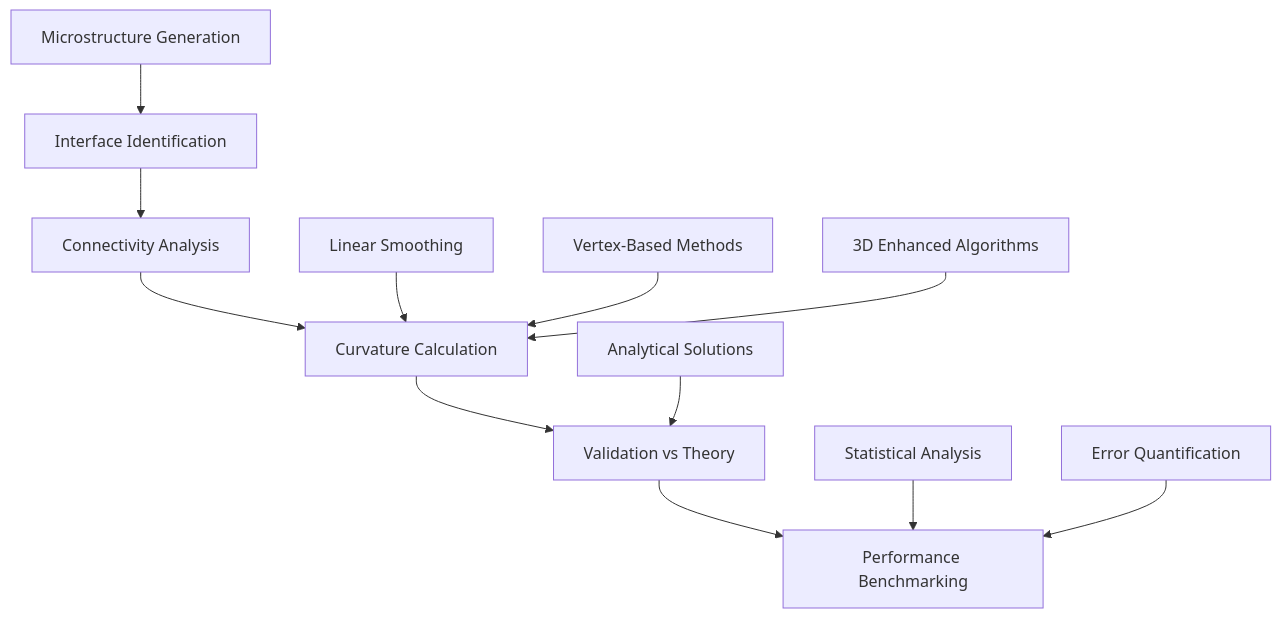
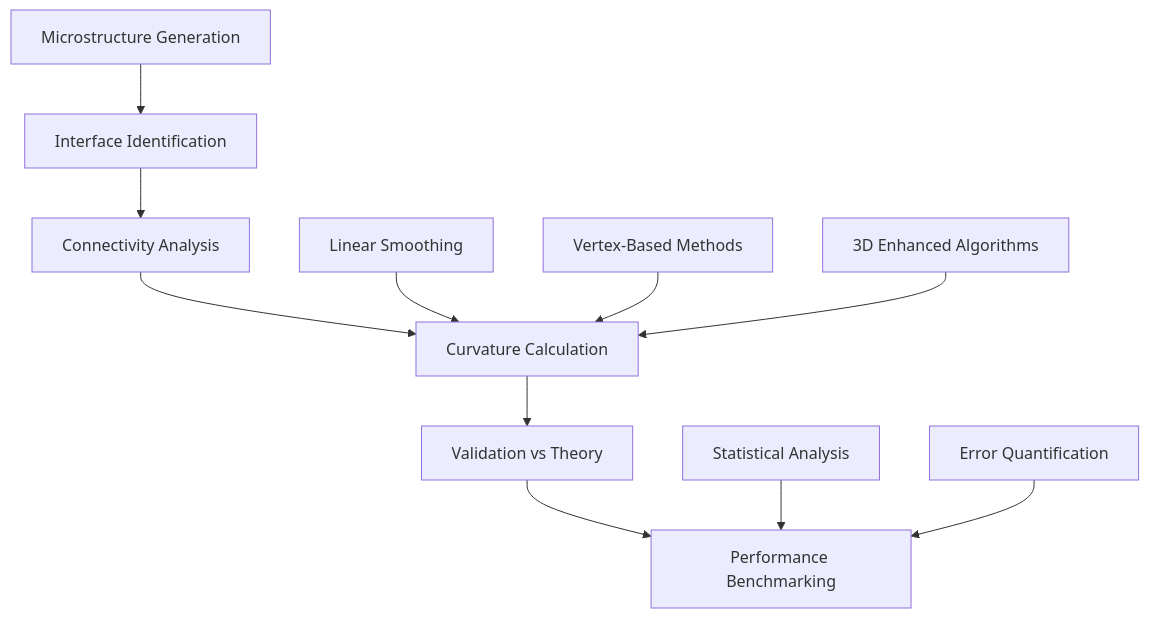
The diagram in examples/curvature_calculation/README.md (Linwitness/VECTOR), drawn with Mermaid before and after one commit. The commit also changed other lines of this file and 8 other files, not shown here.

````diff
--- a/examples/curvature_calculation/README.md
+++ b/examples/curvature_calculation/README.md
@@ -28,16 +28,15 @@
 ```mermaid
 graph TD
     A[Microstructure Generation] --> B[Interface Identification]
     B --> C[Connectivity Analysis]
     C --> D[Curvature Calculation]
     D --> E[Validation vs Theory]
     E --> F[Performance Benchmarking]
     
     G[Linear Smoothing] --> D
     H[Vertex-Based Methods] --> D
     I[3D Enhanced Algorithms] --> D
     
-    J[Analytical Solutions] --> E
     K[Statistical Analysis] --> F
     L[Error Quantification] --> F
 ```
````
